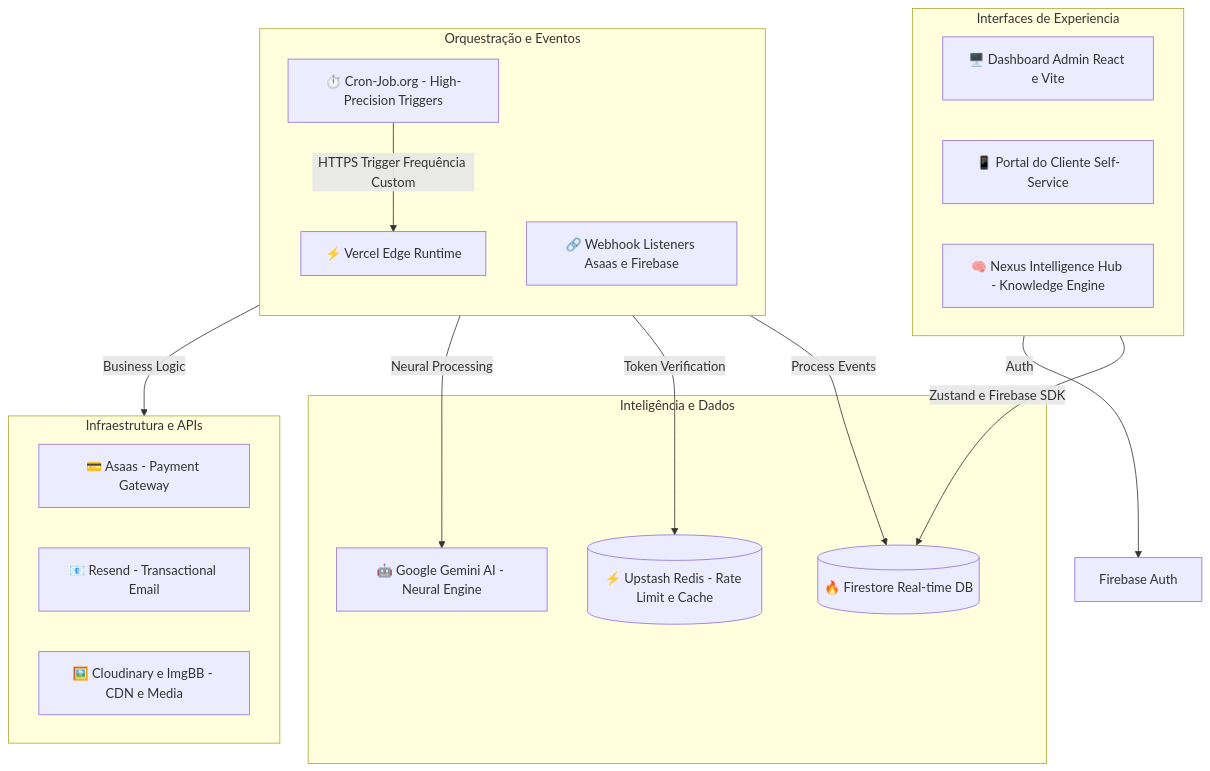
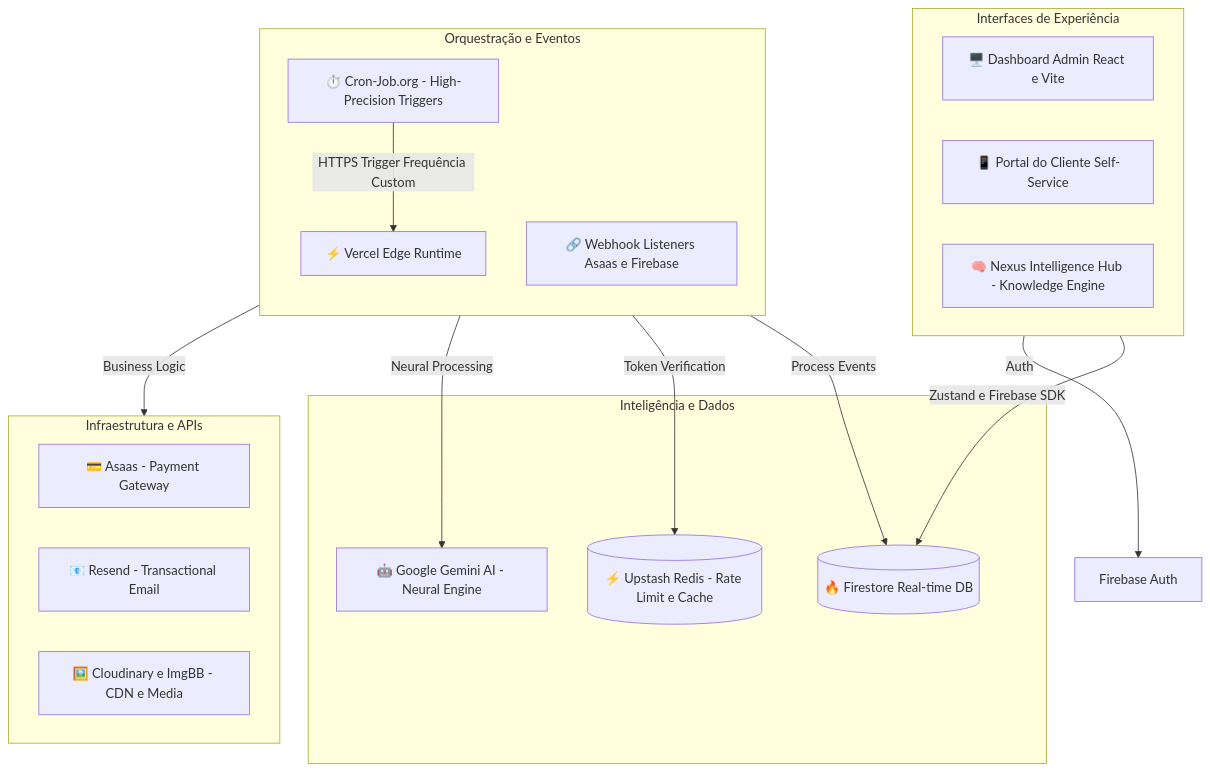
The first of 4 diagrams in README.md (josef10000/hubcrm), drawn with Mermaid before and after one commit. The commit also changed other lines of this file, not shown here.

````diff
--- a/README.md
+++ b/README.md
@@ -19,36 +19,36 @@
 ```mermaid
 graph TB
-    subgraph Client_Layer ["Interfaces de Experiencia"]
+    subgraph Client_Layer ["Interfaces de Experiência"]
         Admin["🖥️ Dashboard Admin React e Vite"]
         Portal["📱 Portal do Cliente Self-Service"]
         Nexus["🧠 Nexus Intelligence Hub - Knowledge Engine"]
     end
 
     subgraph Automation_Orchestra ["Orquestração e Eventos"]
         direction TB
         Vercel["⚡ Vercel Edge Runtime"]
         Cron["⏱️ Cron-Job.org - High-Precision Triggers"]
         Webhooks["🔗 Webhook Listeners Asaas e Firebase"]
     end
 
     subgraph AI_Data_Persistence ["Inteligência e Dados"]
         Firestore[("🔥 Firestore Real-time DB")]
         Redis[("⚡ Upstash Redis - Rate Limit e Cache")]
         Gemini["🤖 Google Gemini AI - Neural Engine"]
     end
 
     subgraph Infrastructure_Providers ["Infraestrutura e APIs"]
         Asaas["💳 Asaas - Payment Gateway"]
         Resend["📧 Resend - Transactional Email"]
         Cloudinary["🖼️ Cloudinary e ImgBB - CDN e Media"]
     end
 
     %% Flows
     Cron -- "HTTPS Trigger Frequência Custom" --> Vercel
     Vercel -- "Business Logic" --> Infrastructure_Providers
     Client_Layer -- "Zustand e Firebase SDK" --> Firestore
     Vercel -- "Process Events" --> Firestore
     Vercel -- "Token Verification" --> Redis
     Client_Layer -- "Auth" --> Firebase_Auth[Firebase Auth]
     Vercel -- "Neural Processing" --> Gemini
 ```
````
